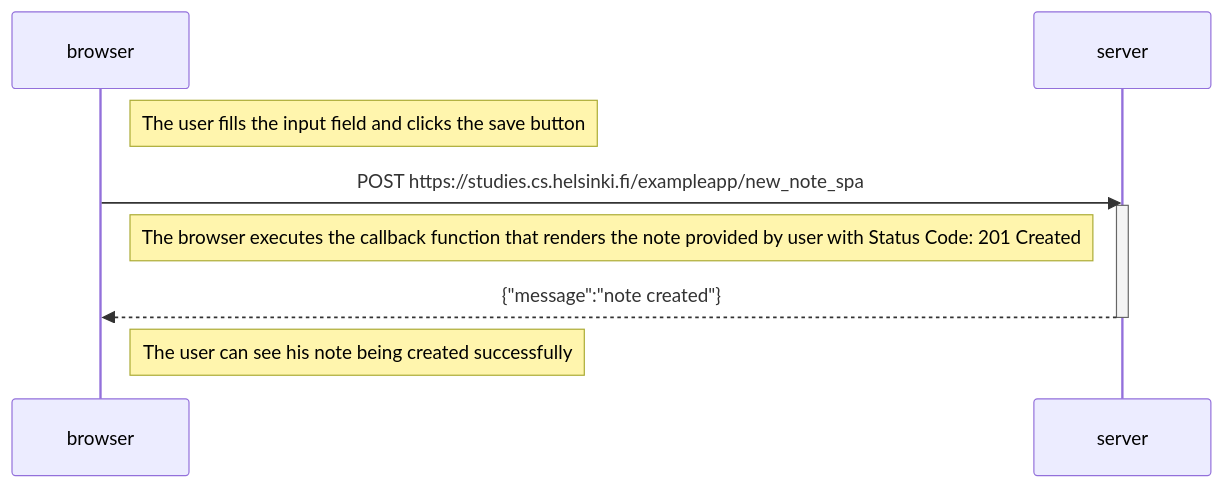
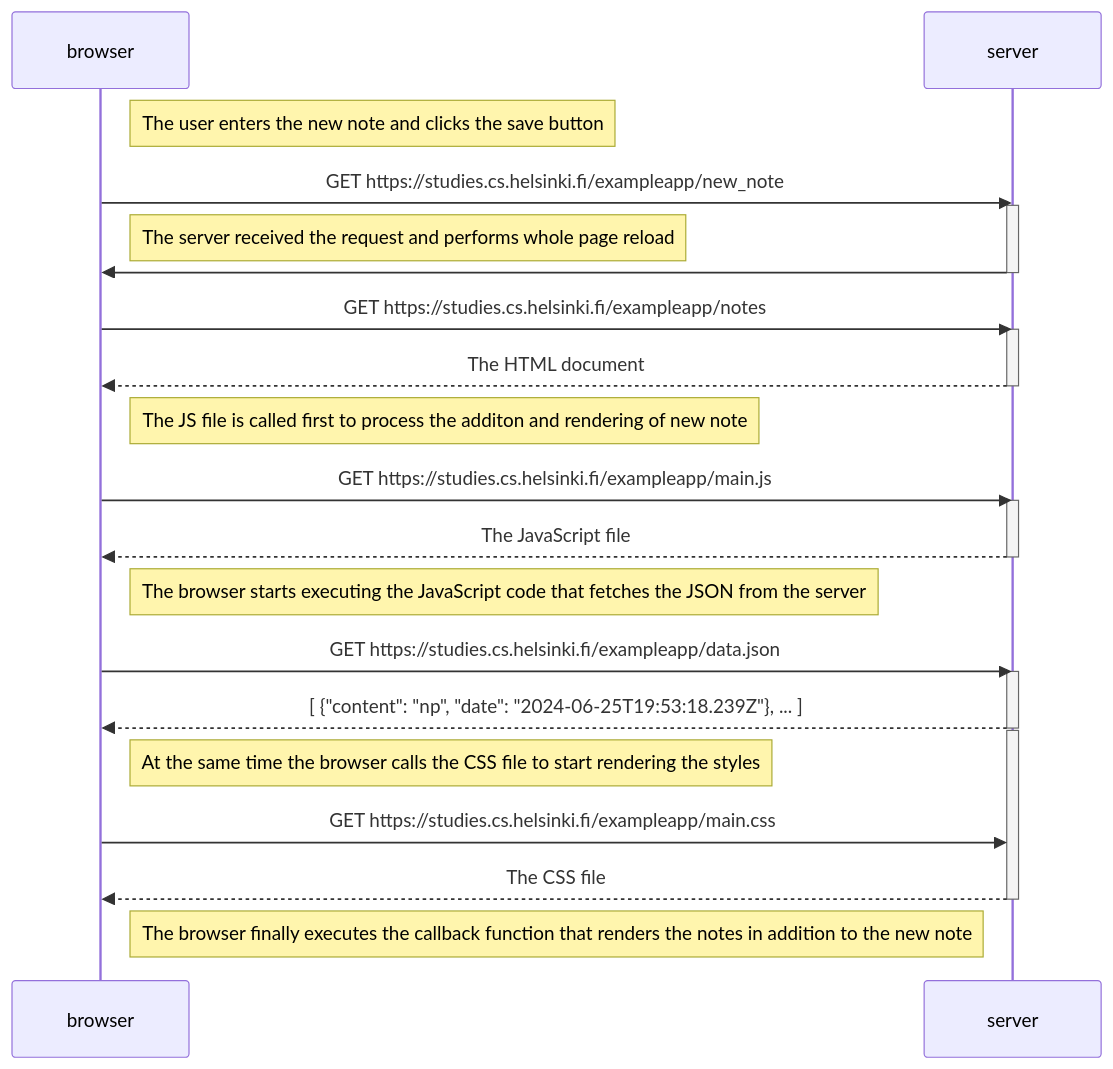
One commit to AbdulBasit619/HelsinkiCourseExercises changed the diagram in Part 0/Ex 0.4/MermaidDiagram.md. Above: the diagram before and after it, drawn with Mermaid. The commit also changed 1 other file, not shown here.

Commit message:
Completed Ex 0.4

````diff
--- a/Part 0/Ex 0.4/MermaidDiagram.md
+++ b/Part 0/Ex 0.4/MermaidDiagram.md
@@ -3,15 +3,43 @@
 ```mermaid
 sequenceDiagram
     participant browser
     participant server
 
-    Note right of browser: The user fills the input field and clicks the save button
+ Note right of browser: The user enters the new note and clicks the save button
+    browser->>server: GET https://studies.cs.helsinki.fi/exampleapp/new_note
 
-    browser->>server: POST https://studies.cs.helsinki.fi/exampleapp/new_note_spa
     activate server
-    Note left of server: The browser executes the callback function that renders the note provided by user with Status Code: 201 Created
-    server-->>browser: {"message":"note created"}
+ Note right of browser: The server received the request and performs whole page reload
+server->>browser: 
     deactivate server
 
-    Note right of browser: The user can see his note being created successfully
+    browser->>server: GET https://studies.cs.helsinki.fi/exampleapp/notes
+    activate server
+    server-->>browser: The HTML document
+    deactivate server
+
+ Note right of browser: The JS file is called first to process the additon and rendering of new note
+    browser->>server: GET https://studies.cs.helsinki.fi/exampleapp/main.js
+
+
+    activate server
+    server-->>browser: The JavaScript file
+    deactivate server
+
+    Note right of browser: The browser starts executing the JavaScript code that fetches the JSON from the server
+
+    browser->>server: GET https://studies.cs.helsinki.fi/exampleapp/data.json
+
+    activate server
+    server-->>browser: [ {"content": "np", "date": "2024-06-25T19:53:18.239Z"}, ... ]
+    deactivate server
+
+    activate server
+    Note right of browser: At the same time the browser calls the CSS file to start rendering the styles
+    browser->>server: GET https://studies.cs.helsinki.fi/exampleapp/main.css
+
+    server-->>browser: The CSS file
+    deactivate server
+
+    Note right of browser: The browser finally executes the callback function that renders the notes in addition to the new note
 ```
````
